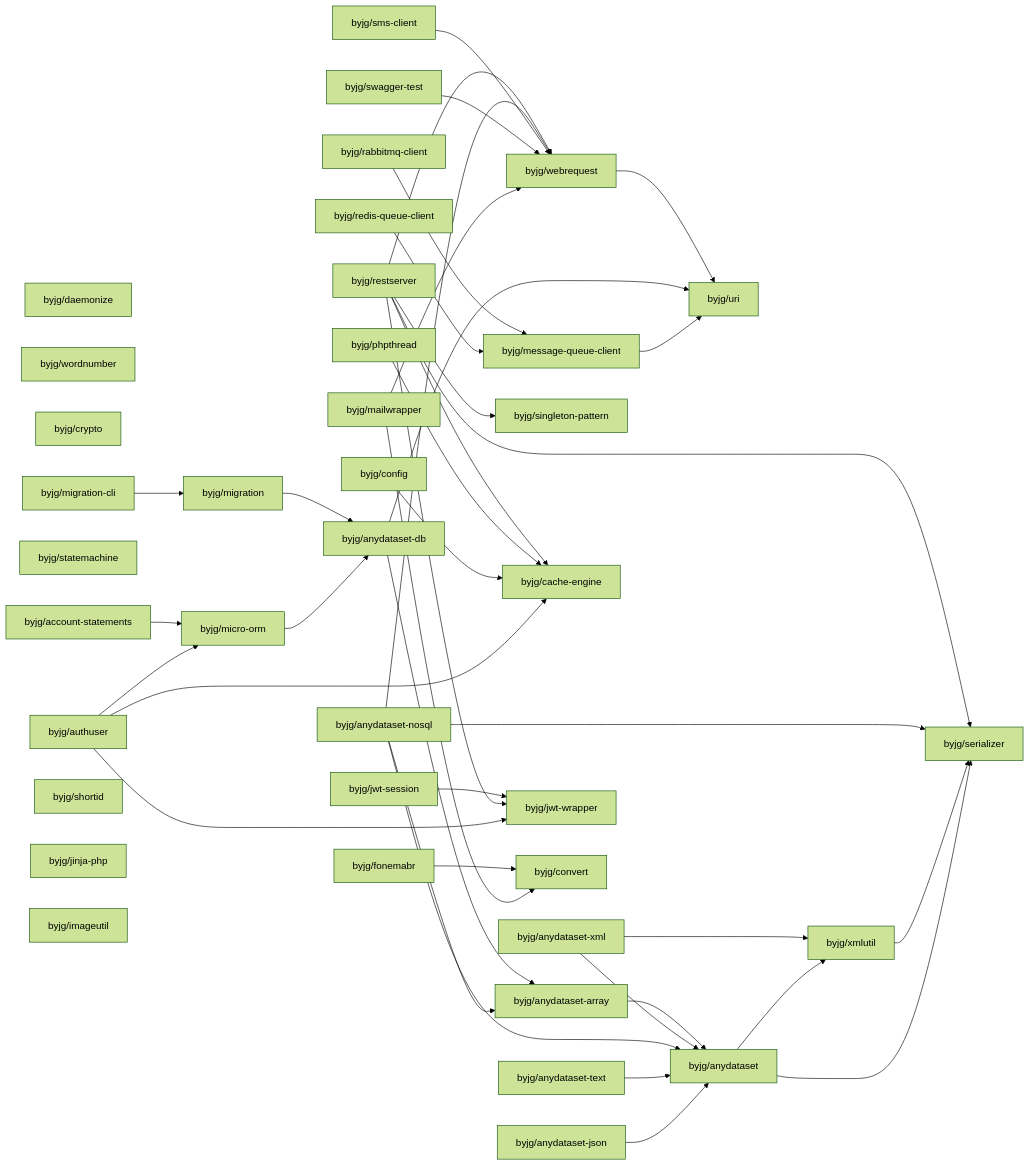
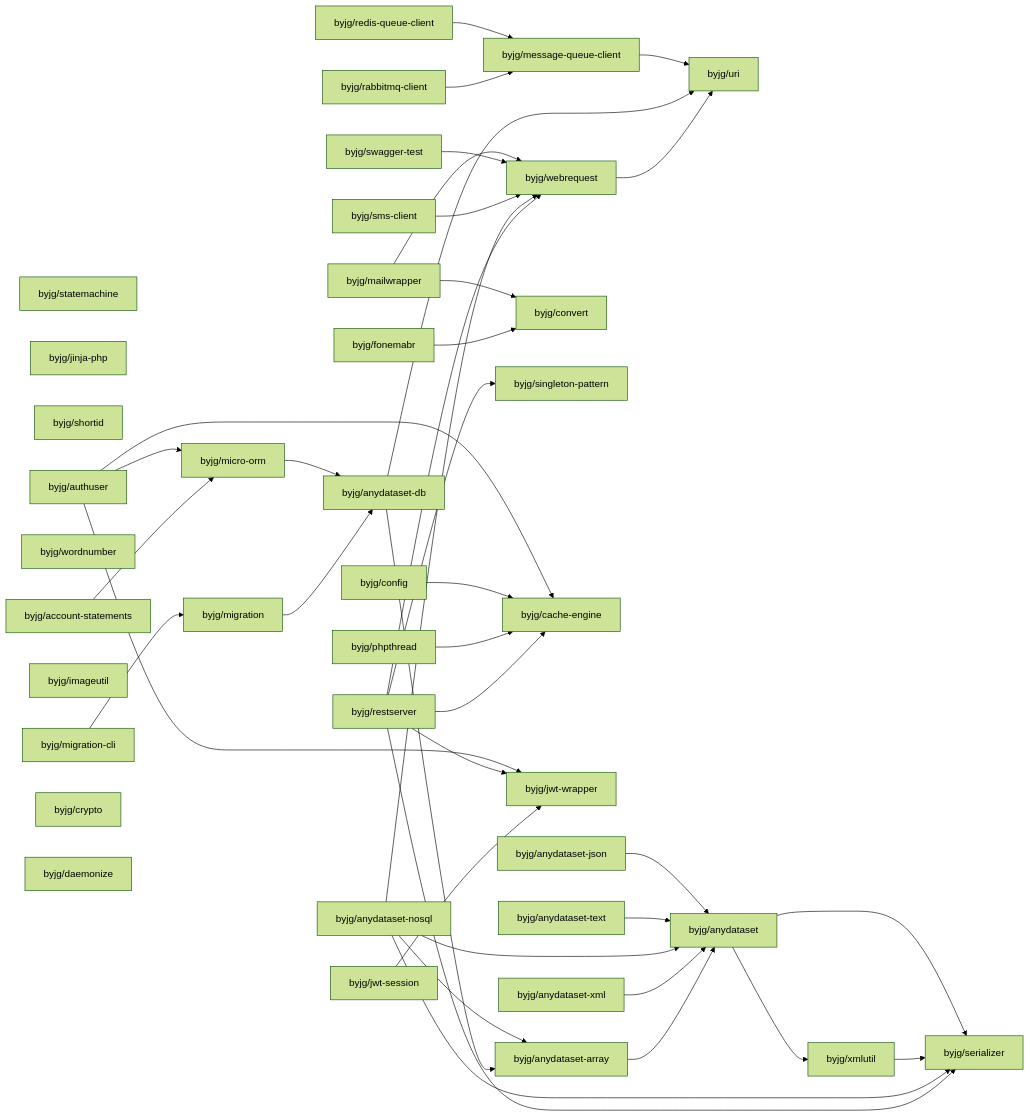
One commit to byjg/byjg.github.io changed the diagram in docs/php/README.md. Above: the diagram before and after it, drawn with Mermaid (forest theme). The commit also changed 1 other file, not shown here.

Commit message:
Update documentation 'php' 'php-anydataset-xml'

````diff
--- a/docs/php/README.md
+++ b/docs/php/README.md
@@ -3,79 +3,78 @@
 ```mermaid
 graph LR;
+  byjg/jwt-session;
+  byjg/statemachine;
+  byjg/mailwrapper;
+  byjg/rabbitmq-client;
+  byjg/jinja-php;
+  byjg/shortid;
+  byjg/fonemabr;
+  byjg/anydataset-text;
   byjg/phpthread;
-  byjg/daemonize;
+  byjg/migration-cli;
+  byjg/anydataset-xml;
   byjg/wordnumber;
-  byjg/crypto;
-  byjg/migration-cli;
-  byjg/redis-queue-client;
-  byjg/anydataset-text;
-  byjg/anydataset-json;
-  byjg/statemachine;
+  byjg/sms-client;
+  byjg/config;
   byjg/account-statements;
   byjg/restserver;
+  byjg/imageutil;
   byjg/anydataset-nosql;
-  byjg/sms-client;
   byjg/authuser;
-  byjg/shortid;
-  byjg/jinja-php;
-  byjg/mailwrapper;
-  byjg/rabbitmq-client;
-  byjg/anydataset-xml;
-  byjg/config;
-  byjg/imageutil;
+  byjg/redis-queue-client;
   byjg/swagger-test;
-  byjg/jwt-session;
-  byjg/fonemabr;
+  byjg/crypto;
+  byjg/daemonize;
+  byjg/anydataset-json;
+  byjg/convert;
   byjg/migration;
   byjg/singleton-pattern;
   byjg/micro-orm;
+  byjg/cache-engine;
+  byjg/jwt-wrapper;
   byjg/message-queue-client;
-  byjg/cache-engine;
   byjg/webrequest;
-  byjg/jwt-wrapper;
-  byjg/convert;
   byjg/anydataset-db;
   byjg/anydataset-array;
   byjg/uri;
   byjg/anydataset;
   byjg/xmlutil;
   byjg/serializer;
   byjg/account-statements --> byjg/micro-orm;
   byjg/fonemabr --> byjg/convert;
   byjg/webrequest --> byjg/uri;
   byjg/anydataset-array --> byjg/anydataset;
   byjg/anydataset-xml --> byjg/anydataset;
-  byjg/anydataset-xml --> byjg/xmlutil;
   byjg/rabbitmq-client --> byjg/message-queue-client;
   byjg/redis-queue-client --> byjg/message-queue-client;
   byjg/jwt-session --> byjg/jwt-wrapper;
   byjg/anydataset-db --> byjg/anydataset-array;
   byjg/anydataset-db --> byjg/uri;
   byjg/restserver --> byjg/serializer;
   byjg/restserver --> byjg/singleton-pattern;
   byjg/restserver --> byjg/cache-engine;
   byjg/restserver --> byjg/webrequest;
   byjg/restserver --> byjg/jwt-wrapper;
   byjg/migration --> byjg/anydataset-db;
   byjg/anydataset-nosql --> byjg/anydataset;
   byjg/anydataset-nosql --> byjg/anydataset-array;
   byjg/anydataset-nosql --> byjg/serializer;
   byjg/anydataset-nosql --> byjg/webrequest;
   byjg/phpthread --> byjg/cache-engine;
   byjg/sms-client --> byjg/webrequest;
   byjg/swagger-test --> byjg/webrequest;
   byjg/migration-cli --> byjg/migration;
   byjg/config --> byjg/cache-engine;
   byjg/anydataset-text --> byjg/anydataset;
   byjg/micro-orm --> byjg/anydataset-db;
   byjg/authuser --> byjg/micro-orm;
   byjg/authuser --> byjg/cache-engine;
   byjg/authuser --> byjg/jwt-wrapper;
   byjg/anydataset-json --> byjg/anydataset;
   byjg/mailwrapper --> byjg/convert;
   byjg/mailwrapper --> byjg/webrequest;
   byjg/xmlutil --> byjg/serializer;
   byjg/anydataset --> byjg/serializer;
   byjg/anydataset --> byjg/xmlutil;
   byjg/message-queue-client --> byjg/uri;
 ```
````
